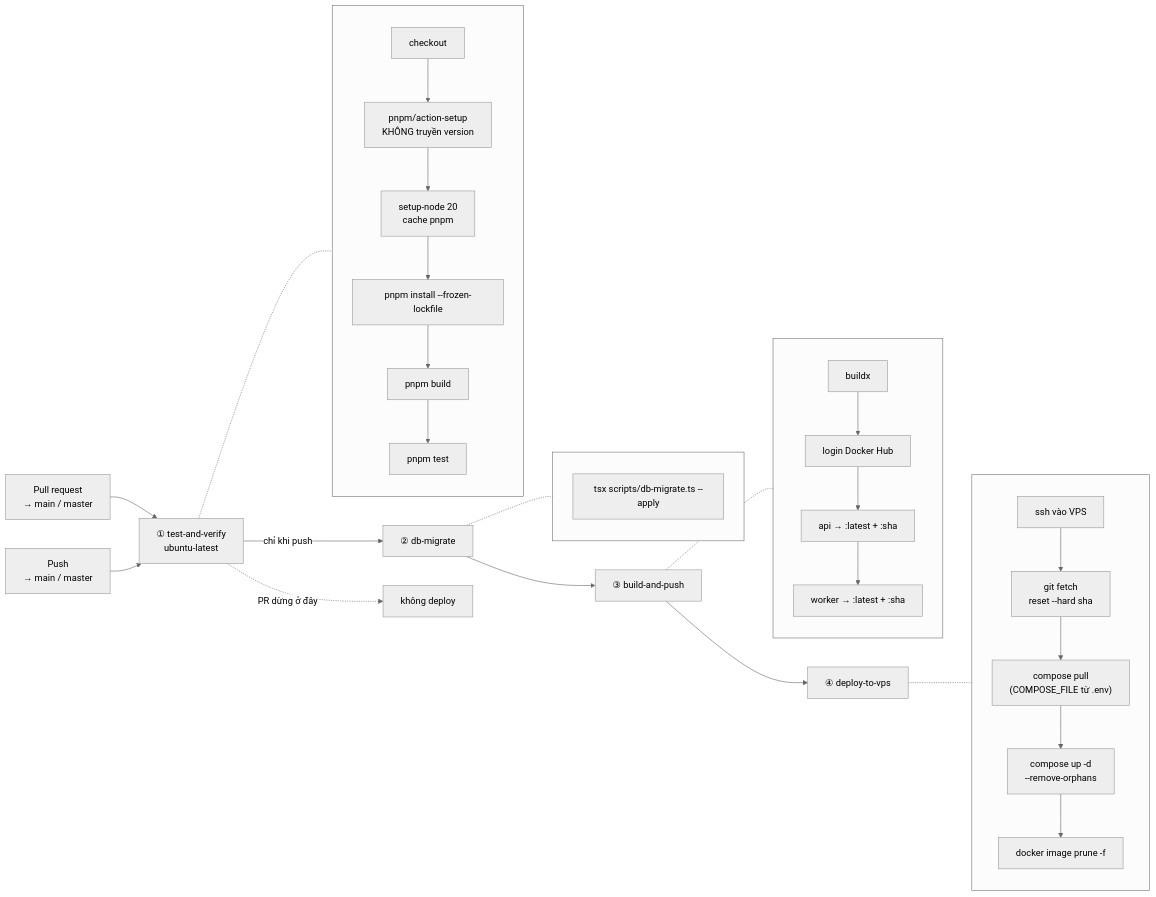
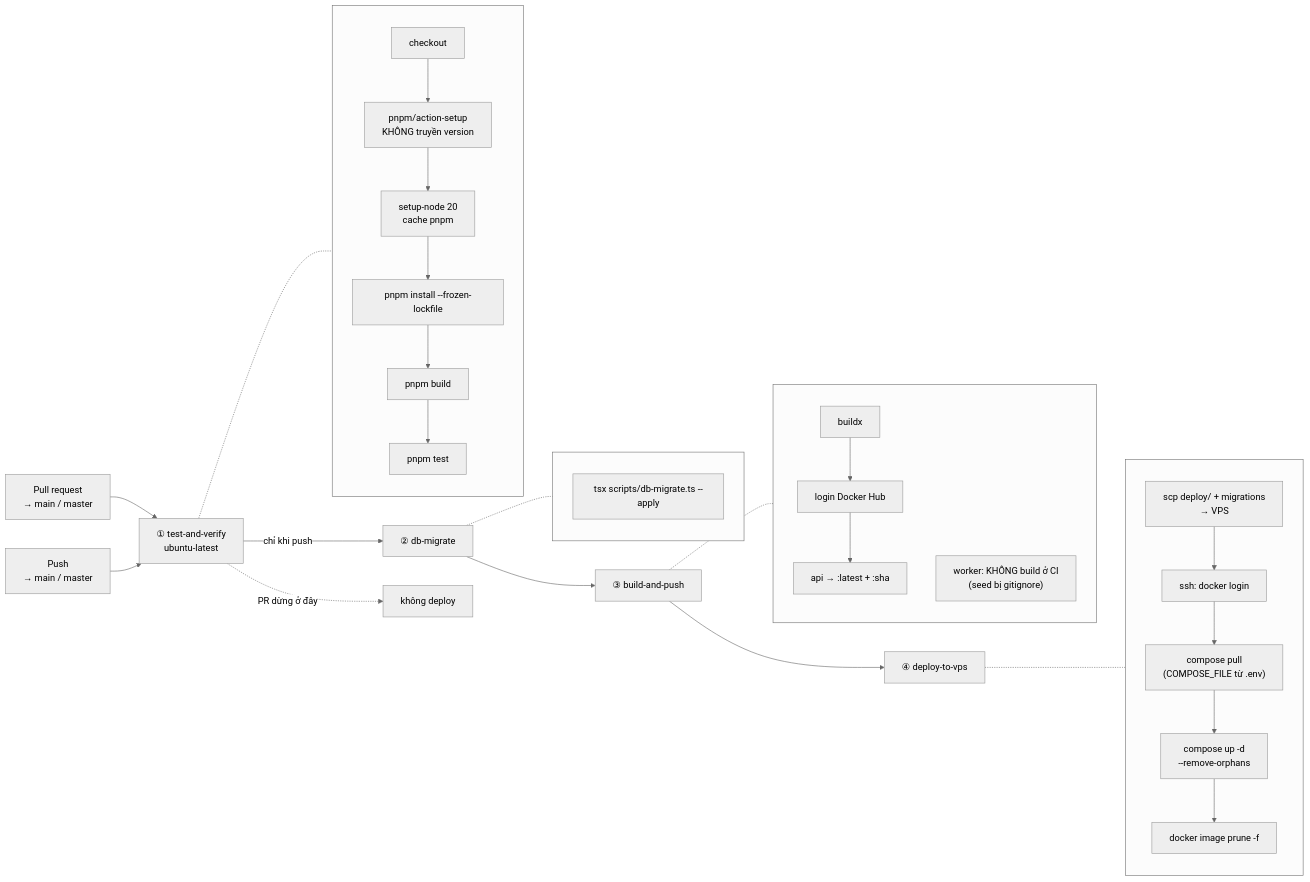
The diagram in docs/CI-CD.md (daclong120-del/app-relay), drawn with Mermaid (neutral theme) before and after one commit. The commit also changed other lines of this file and 9 other files, not shown here.

````diff
--- a/docs/CI-CD.md
+++ b/docs/CI-CD.md
@@ -9,37 +9,38 @@
 ```mermaid
 flowchart LR
     PR["Pull request<br/>→ main / master"] --> T
     PU["Push<br/>→ main / master"] --> T
 
     T["① test-and-verify<br/>ubuntu-latest"]
 
     T -->|"chỉ khi push"| M["② db-migrate"]
     M --> B["③ build-and-push"]
     B --> D["④ deploy-to-vps"]
 
     T -.->|"PR dừng ở đây"| STOP["không deploy"]
 
     subgraph S1[" "]
         T1["checkout"] --> T2["pnpm/action-setup<br/>KHÔNG truyền version"] --> T3["setup-node 20<br/>cache pnpm"] --> T4["pnpm install --frozen-lockfile"] --> T5["pnpm build"] --> T6["pnpm test"]
     end
 
     subgraph S2[" "]
         M1["tsx scripts/db-migrate.ts --apply"]
     end
 
     subgraph S3[" "]
-        B1["buildx"] --> B2["login Docker Hub"] --> B3["api → :latest + :sha"] --> B4["worker → :latest + :sha"]
+        B1["buildx"] --> B2["login Docker Hub"] --> B3["api → :latest + :sha"]
+        B4["worker: KHÔNG build ở CI<br/>(seed bị gitignore)"]
     end
 
     subgraph S4[" "]
-        D1["ssh vào VPS"] --> D2["git fetch<br/>reset --hard sha"] --> D3["compose pull<br/>(COMPOSE_FILE từ .env)"] --> D4["compose up -d<br/>--remove-orphans"] --> D5["docker image prune -f"]
+        D1["scp deploy/ + migrations<br/>→ VPS"] --> D2["ssh: docker login"] --> D3["compose pull<br/>(COMPOSE_FILE từ .env)"] --> D4["compose up -d<br/>--remove-orphans"] --> D5["docker image prune -f"]
     end
 
     T -.- S1
     M -.- S2
     B -.- S3
     D -.- S4
 
     classDef stop fill:#eee,stroke:#999
     class STOP stop
 ```
````
